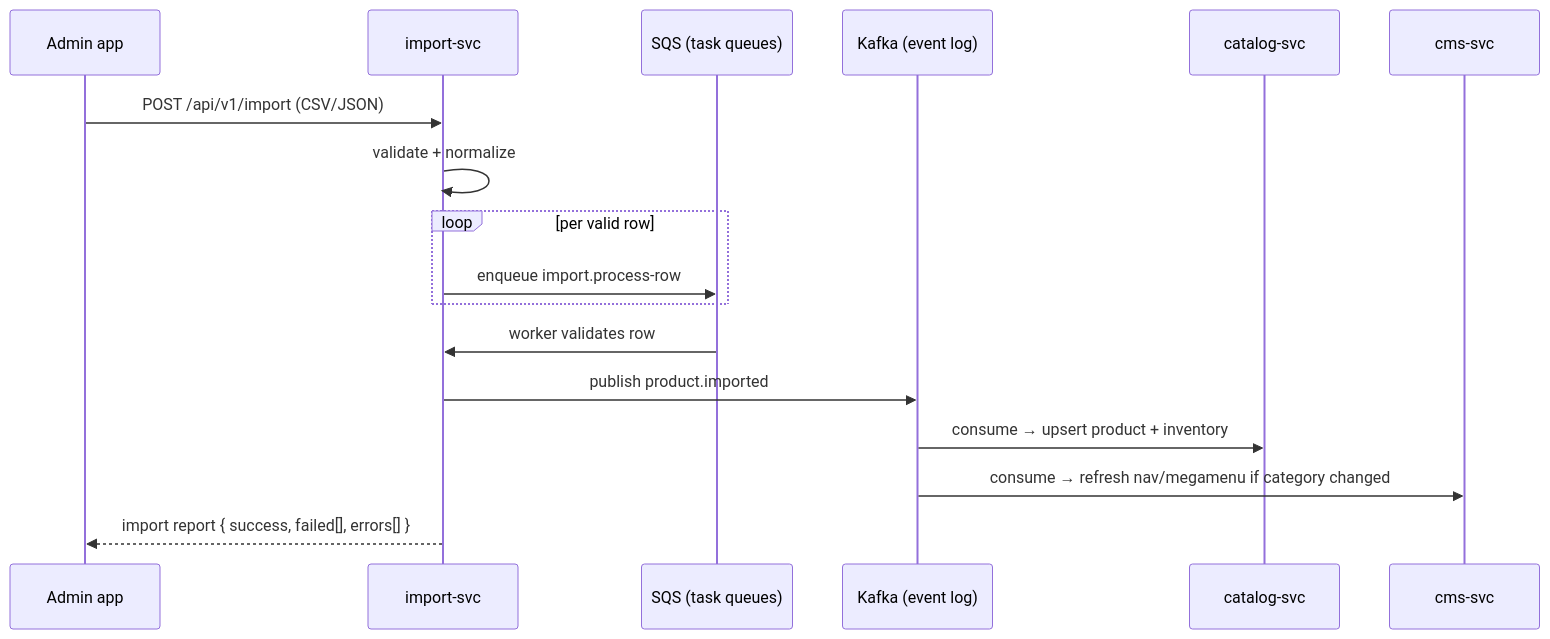
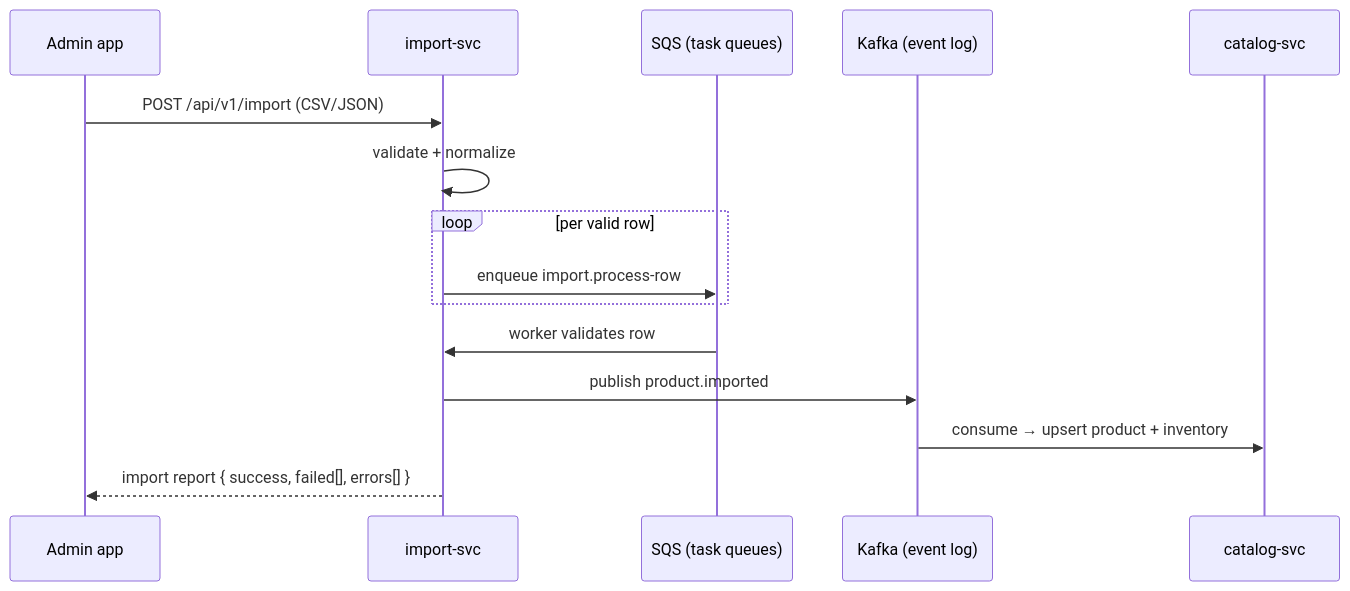
The eighth of 9 diagrams in 1.Architecture.md (E-Commerce-BDA/Documentation), drawn with Mermaid before and after one commit. The commit also changed other lines of this file, not shown here.

First line of the commit message:
docs(architecture): correct the event transport claims

````diff
--- a/1.Architecture.md
+++ b/1.Architecture.md
@@ -708,20 +727,18 @@
 ```mermaid
 sequenceDiagram
     participant AD as Admin app
     participant IM as import-svc
     participant Q as SQS (task queues)
     participant K as Kafka (event log)
     participant CA as catalog-svc
-    participant CM as cms-svc
 
     AD->>IM: POST /api/v1/import (CSV/JSON)
     IM->>IM: validate + normalize
     loop per valid row
         IM->>Q: enqueue import.process-row
     end
     Q->>IM: worker validates row
     IM->>K: publish product.imported
     K->>CA: consume → upsert product + inventory
-    K->>CM: consume → refresh nav/megamenu if category changed
     IM-->>AD: import report { success, failed[], errors[] }
 ```
````
